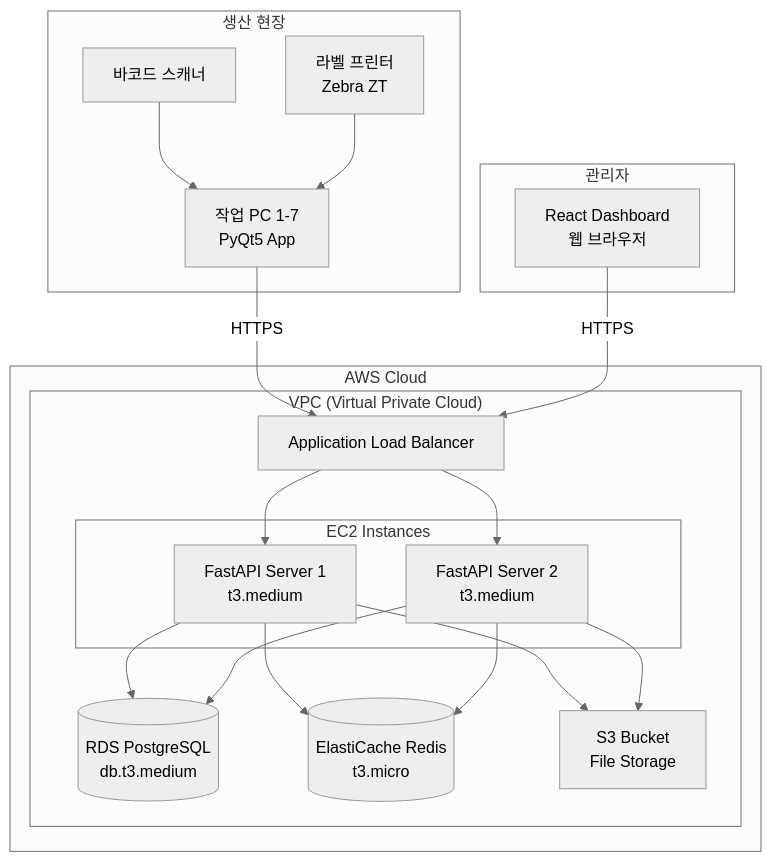
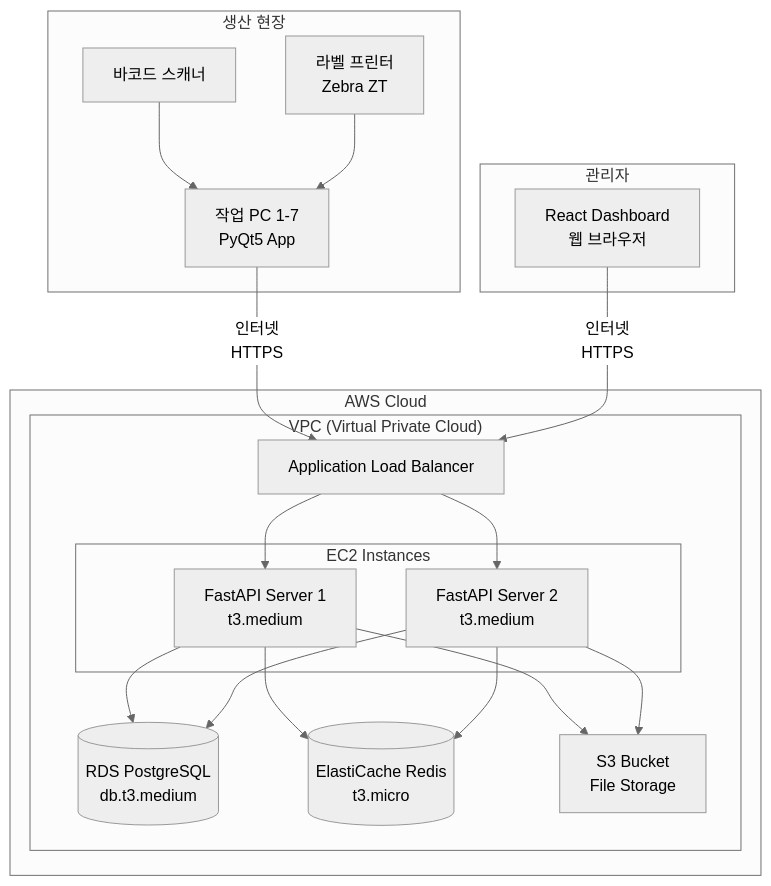
One commit to Soochol/F2X_NeuroHub changed the third of 3 diagrams in docs/04-architecture/04-2-system-design.md. Above: the diagram before and after it, drawn with Mermaid (neutral theme). The commit also changed other lines of this file, not shown here.

First line of the commit message:
Update: 시스템 구성도 다이어그램에 네트워크 요구사항 명시

````diff
--- a/docs/04-architecture/04-2-system-design.md
+++ b/docs/04-architecture/04-2-system-design.md
@@ -79,38 +97,38 @@
 ```mermaid
 graph TB
     subgraph Factory["생산 현장"]
         PC1[작업 PC 1-7<br/>PyQt5 App]
         PC2[바코드 스캐너]
         PC3[라벨 프린터<br/>Zebra ZT]
     end
 
     subgraph AWS["AWS Cloud"]
         subgraph VPC["VPC (Virtual Private Cloud)"]
             ALB[Application Load Balancer]
             subgraph EC2["EC2 Instances"]
                 Backend1[FastAPI Server 1<br/>t3.medium]
                 Backend2[FastAPI Server 2<br/>t3.medium]
             end
             RDS[(RDS PostgreSQL<br/>db.t3.medium)]
             ElastiCache[(ElastiCache Redis<br/>t3.micro)]
             S3[S3 Bucket<br/>File Storage]
         end
     end
 
     subgraph Office["관리자"]
         Dashboard[React Dashboard<br/>웹 브라우저]
     end
 
-    PC1 -->|HTTPS| ALB
+    PC1 -->|인터넷<br/>HTTPS| ALB
     PC2 --> PC1
     PC3 --> PC1
-    Dashboard -->|HTTPS| ALB
+    Dashboard -->|인터넷<br/>HTTPS| ALB
     ALB --> Backend1
     ALB --> Backend2
     Backend1 --> RDS
     Backend1 --> ElastiCache
     Backend1 --> S3
     Backend2 --> RDS
     Backend2 --> ElastiCache
     Backend2 --> S3
 ```
````
